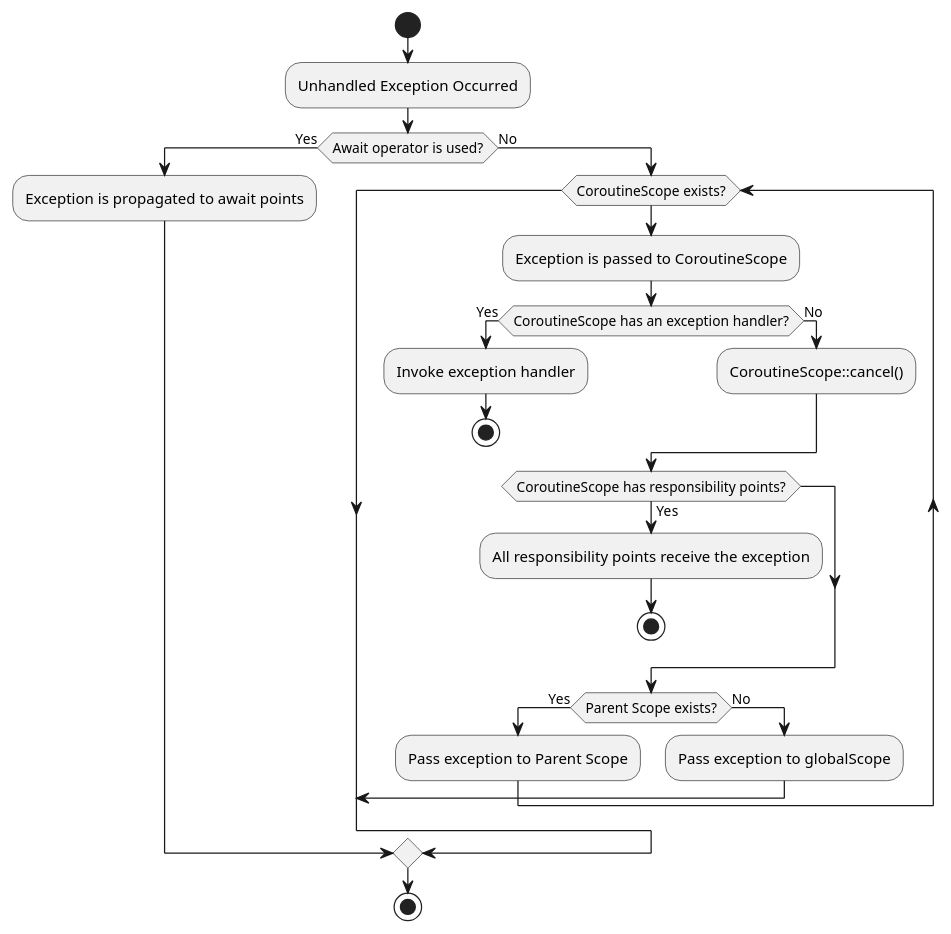
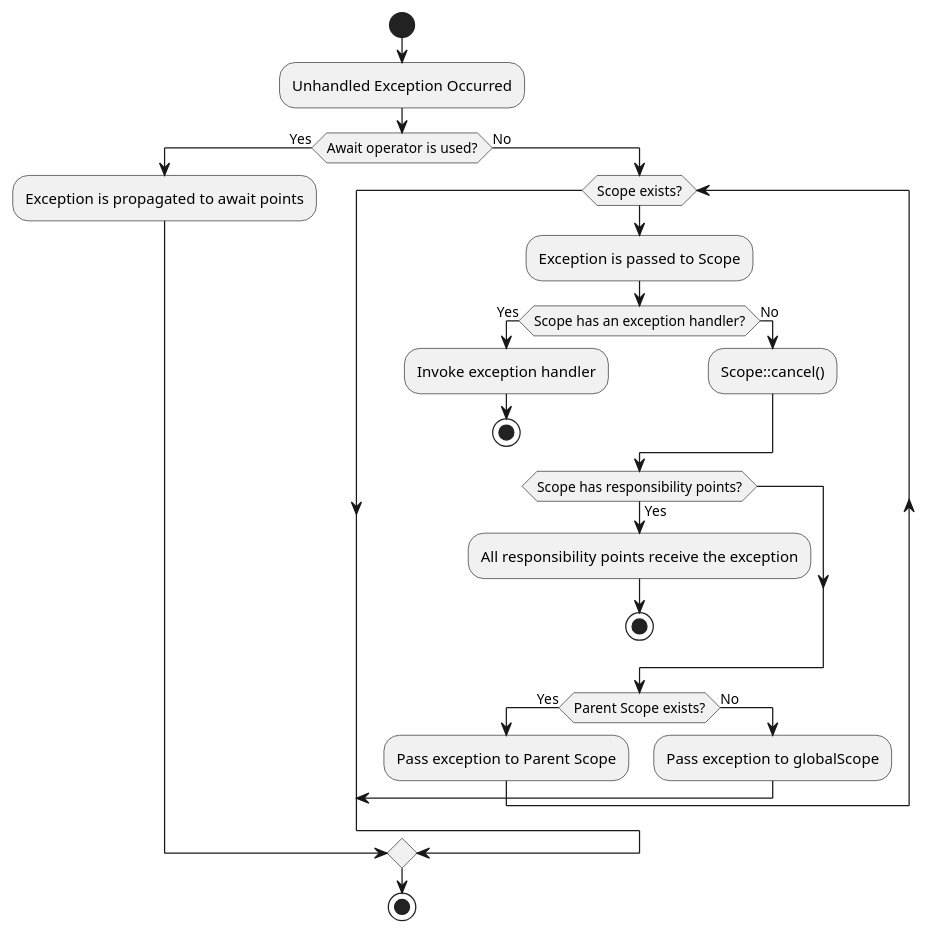
The diagram in index.md (true-async/php-true-async-rfc), drawn with PlantUML before and after one commit. The commit also changed other lines of this file and 12 other files, not shown here.

````diff
--- a/index.md
+++ b/index.md
@@ -1072,30 +1074,30 @@
 ```puml
 @startuml
 start
 :Unhandled Exception Occurred;
 if (Await operator is used?) then (Yes)
     :Exception is propagated to await points;
 else (No)
-    while (CoroutineScope exists?)
-        :Exception is passed to CoroutineScope;
-        if (CoroutineScope has an exception handler?) then (Yes)
+    while (Scope exists?)
+        :Exception is passed to Scope;
+        if (Scope has an exception handler?) then (Yes)
             :Invoke exception handler;
             stop
         else (No)
-            :CoroutineScope::cancel();
+            :Scope::cancel();
         endif
-        if (CoroutineScope has responsibility points?) then (Yes)
+        if (Scope has responsibility points?) then (Yes)
             :All responsibility points receive the exception;
             stop
         endif
         if (Parent Scope exists?) then (Yes)
             :Pass exception to Parent Scope;
         else (No)
             :Pass exception to globalScope;
             break
         endif
     endwhile
 endif
 stop
 @enduml
 ```
````
